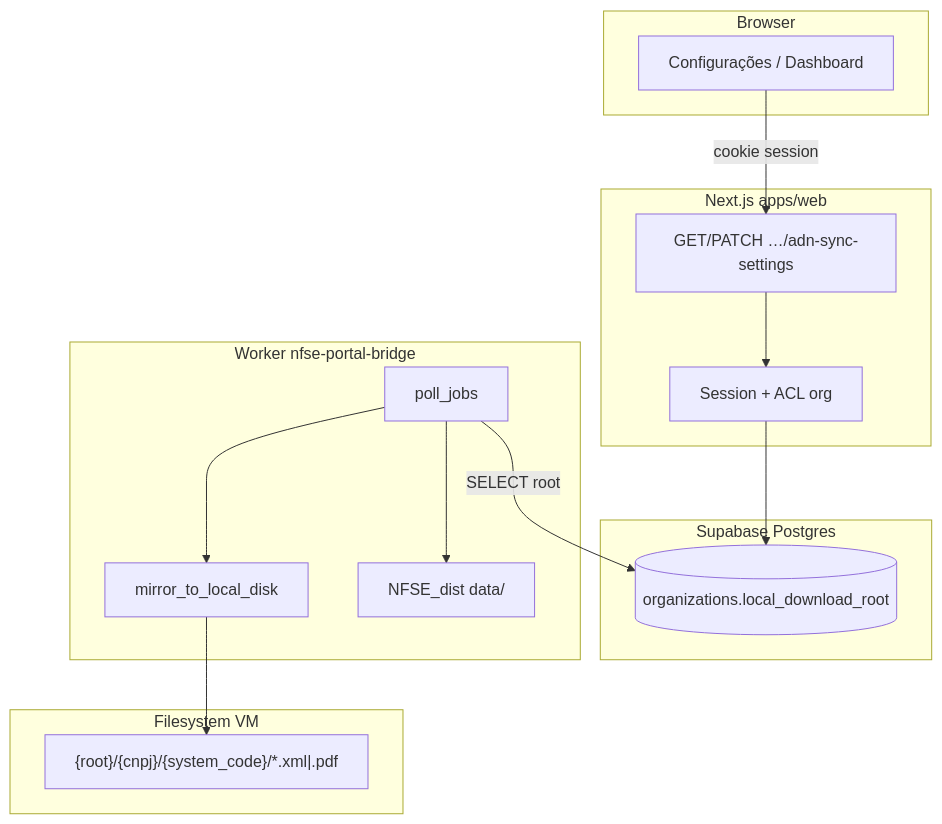
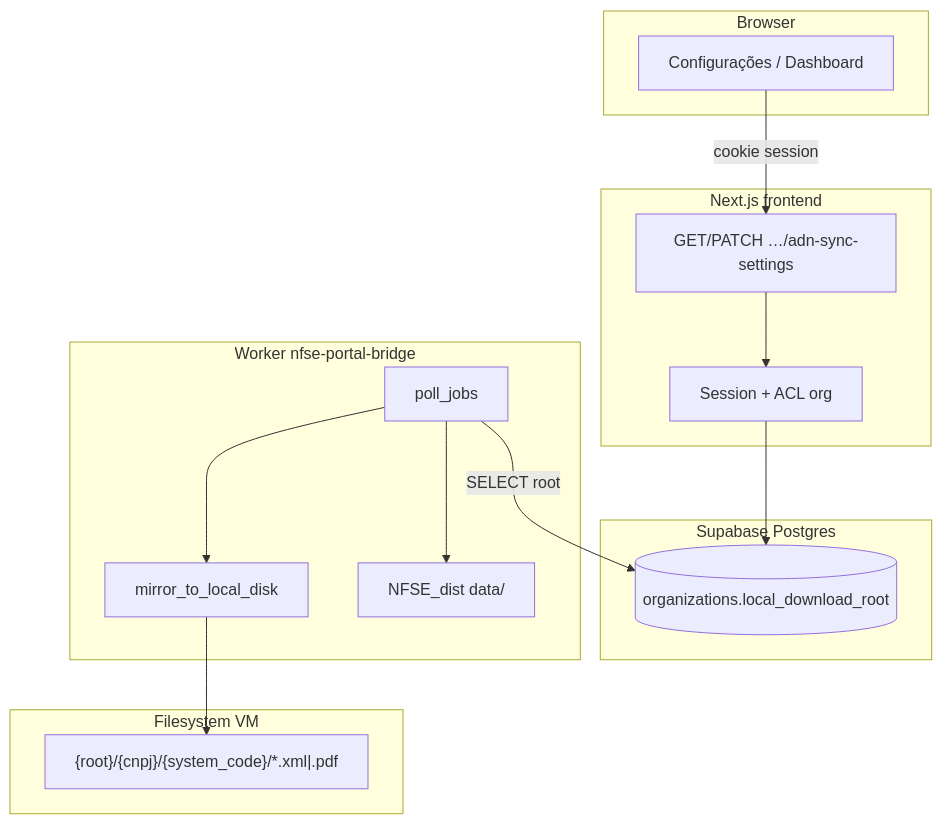
The first of 2 diagrams in docs/architecture-download-automatico-xml-pdf-pasta-raiz-windows.md (Leonardo-Richard/Por-enquanto-n-o-fa-o-ideia), drawn with Mermaid before and after one commit. The commit also changed other lines of this file and 71 other files, not shown here.

````diff
--- a/docs/architecture-download-automatico-xml-pdf-pasta-raiz-windows.md
+++ b/docs/architecture-download-automatico-xml-pdf-pasta-raiz-windows.md
@@ -27,28 +27,28 @@
 ```mermaid
 flowchart TB
   subgraph browser [Browser]
     UI[Configurações / Dashboard]
   end
-  subgraph next [Next.js apps/web]
+  subgraph next [Next.js frontend]
     API["GET/PATCH …/adn-sync-settings"]
     AUTH[Session + ACL org]
   end
   subgraph data [Supabase Postgres]
     ORG[(organizations.local_download_root)]
   end
   subgraph worker [Worker nfse-portal-bridge]
     POLL[poll_jobs]
     MIRROR[mirror_to_local_disk]
     NFSE[NFSE_dist data/]
   end
   subgraph disk [Filesystem VM]
     FS["{root}/{cnpj}/{system_code}/*.xml|.pdf"]
   end
   UI -->|cookie session| API
   API --> AUTH
   AUTH --> ORG
   POLL -->|SELECT root| ORG
   POLL --> NFSE
   POLL --> MIRROR
   MIRROR --> FS
 ```
````
